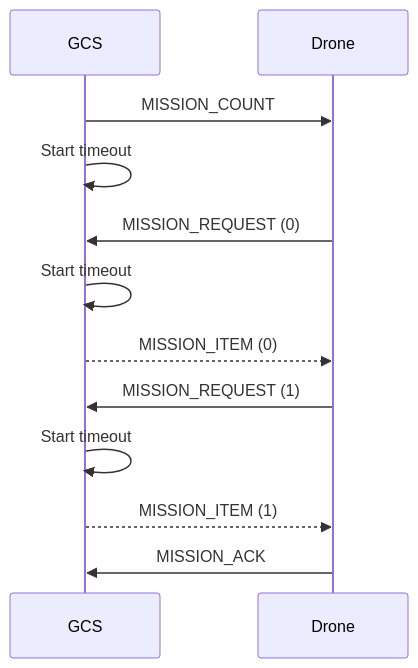
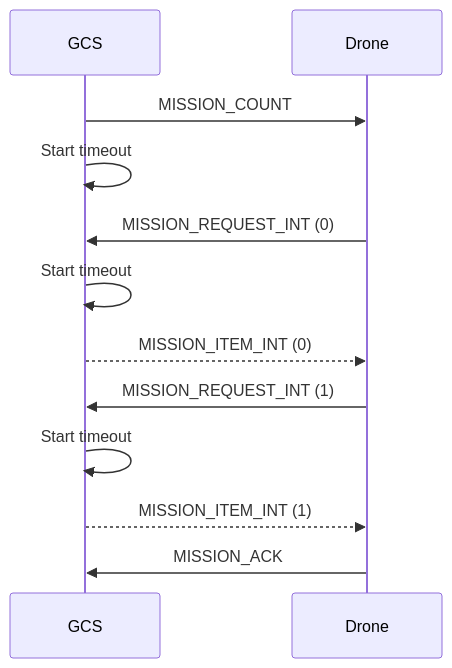
One commit to mavlink/mavlink-devguide changed the first of 4 diagrams in en/protocol/mission.md. Above: the diagram before and after it, drawn with Mermaid. The commit also changed other lines of this file, not shown here.

Commit message:
Add mission command info to mission protocol

```diff
--- a/en/protocol/mission.md
+++ b/en/protocol/mission.md
@@ -40,14 +83,14 @@
 {% mermaid %}
 sequenceDiagram;
     participant GCS
     participant Drone
     GCS->>Drone: MISSION_COUNT
     GCS->>GCS: Start timeout
-    Drone->>GCS: MISSION_REQUEST (0)
+    Drone->>GCS: MISSION_REQUEST_INT (0)
     GCS->>GCS: Start timeout
-    GCS-->>Drone: MISSION_ITEM (0)
-    Drone->>GCS: MISSION_REQUEST (1)
+    GCS-->>Drone: MISSION_ITEM_INT (0)
+    Drone->>GCS: MISSION_REQUEST_INT (1)
     GCS->>GCS: Start timeout
-    GCS-->>Drone: MISSION_ITEM (1)
+    GCS-->>Drone: MISSION_ITEM_INT (1)
     Drone->>GCS: MISSION_ACK
 {% endmermaid %}
```
